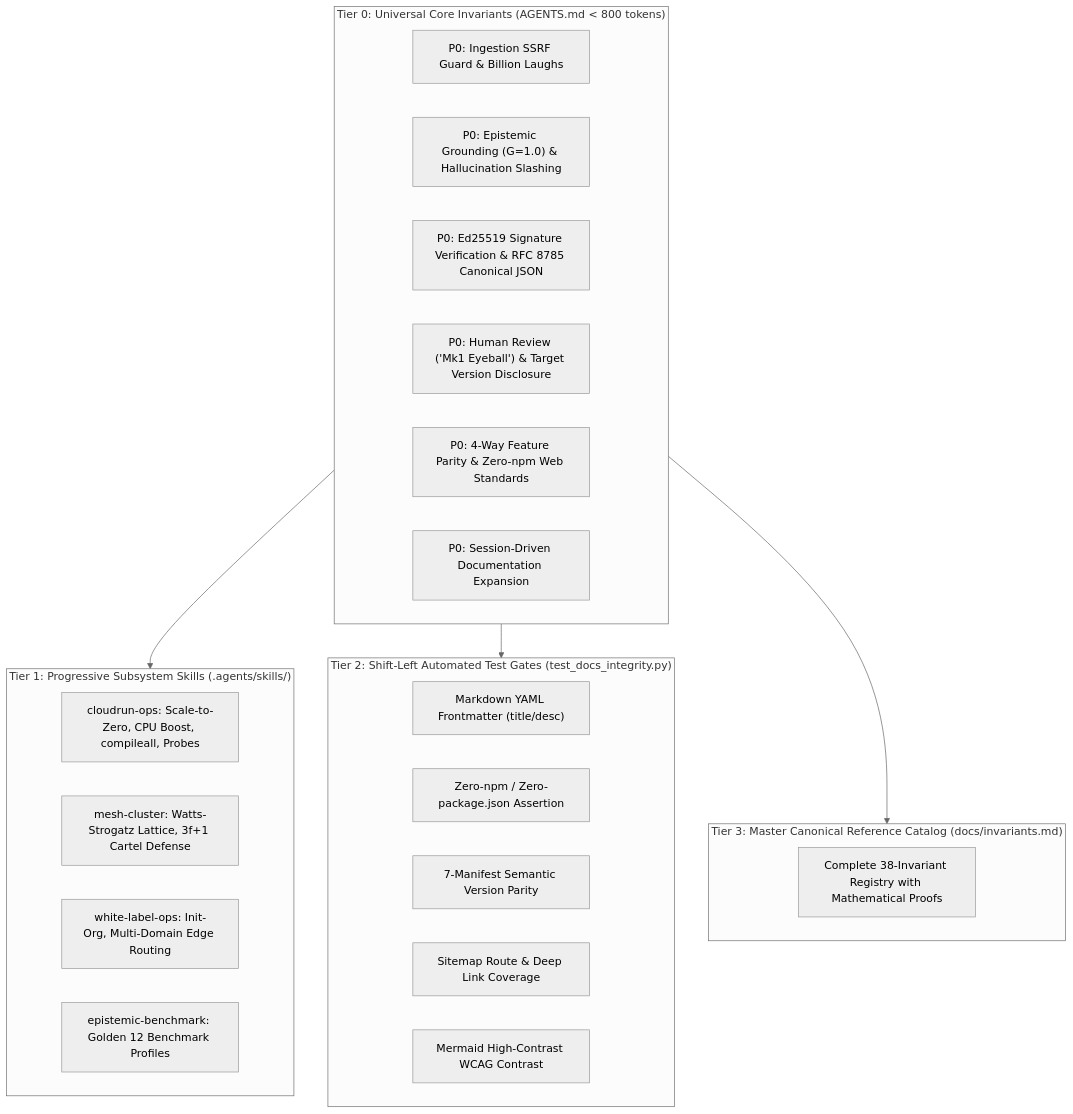
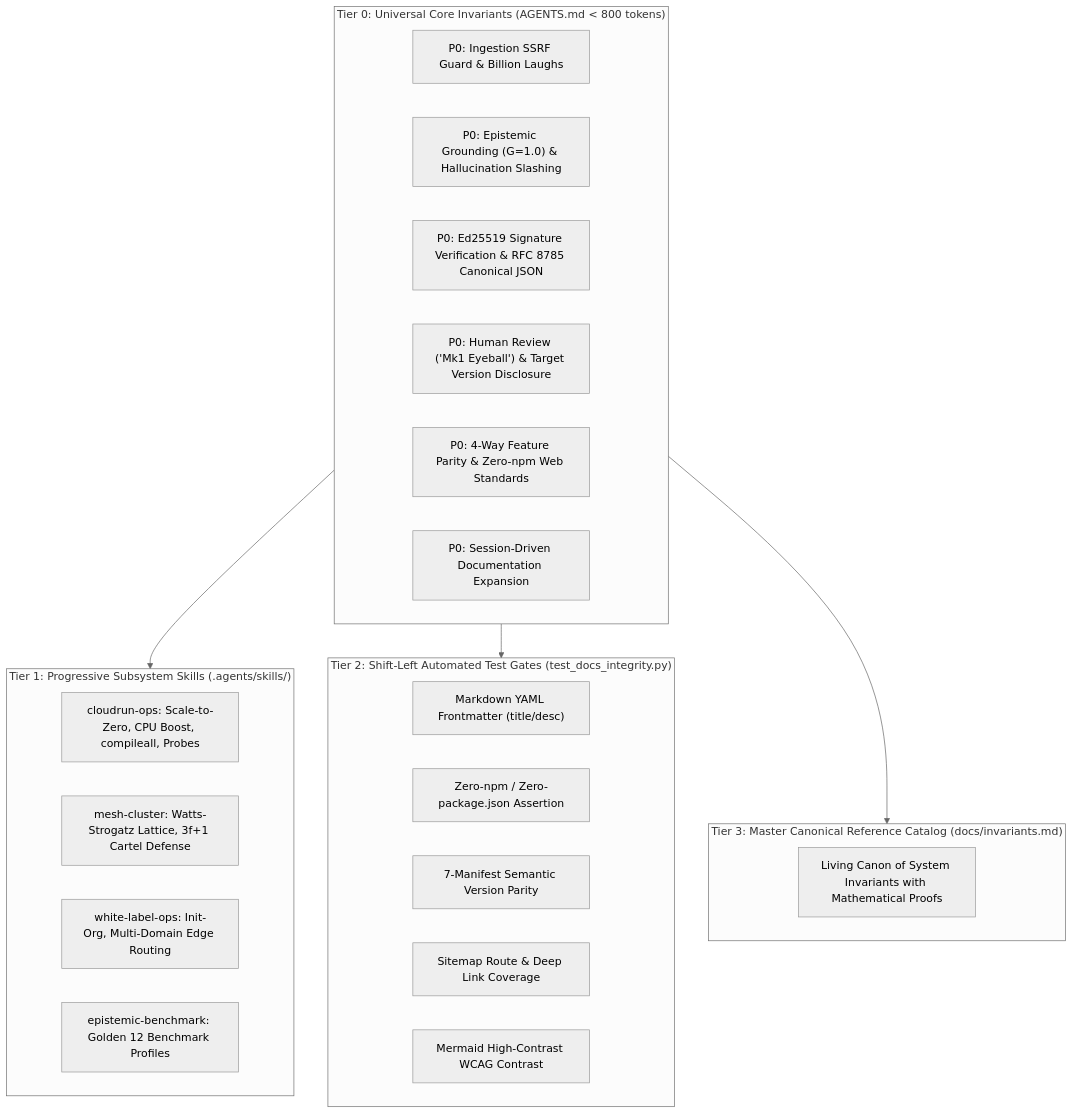
The second of 2 diagrams in docs/blueprints/invariant-scalability-and-knowledge-governance.md (artibyrd/credence-docs), drawn with Mermaid (neutral theme) before and after one commit. The commit also changed other lines of this file and 165 other files, not shown here.

Commit message:
chore(release): bump ecosystem to v1.21.7 (docs audit, deduplication, living canon)

````diff
--- a/docs/blueprints/invariant-scalability-and-knowledge-governance.md
+++ b/docs/blueprints/invariant-scalability-and-knowledge-governance.md
@@ -39,34 +39,34 @@
 ```mermaid
 graph TD
     subgraph Tier0 ["Tier 0: Universal Core Invariants (AGENTS.md &lt; 800 tokens)"]
         T0_Security["P0: Ingestion SSRF Guard & Billion Laughs"]
         T0_Grounding["P0: Epistemic Grounding (G=1.0) & Hallucination Slashing"]
         T0_Crypto["P0: Ed25519 Signature Verification & RFC 8785 Canonical JSON"]
         T0_Review["P0: Human Review ('Mk1 Eyeball') & Target Version Disclosure"]
         T0_Parity["P0: 4-Way Feature Parity & Zero-npm Web Standards"]
         T0_Docs["P0: Session-Driven Documentation Expansion"]
     end
 
     subgraph Tier1 ["Tier 1: Progressive Subsystem Skills (.agents/skills/)"]
         T1_Cloud["cloudrun-ops: Scale-to-Zero, CPU Boost, compileall, Probes"]
         T1_Mesh["mesh-cluster: Watts-Strogatz Lattice, 3f+1 Cartel Defense"]
         T1_Org["white-label-ops: Init-Org, Multi-Domain Edge Routing"]
         T1_Bench["epistemic-benchmark: Golden 12 Benchmark Profiles"]
     end
 
     subgraph Tier2 ["Tier 2: Shift-Left Automated Test Gates (test_docs_integrity.py)"]
         T2_FM["Markdown YAML Frontmatter (title/desc)"]
         T2_NPM["Zero-npm / Zero-package.json Assertion"]
         T2_Ver["7-Manifest Semantic Version Parity"]
         T2_Route["Sitemap Route & Deep Link Coverage"]
         T2_Mermaid["Mermaid High-Contrast WCAG Contrast"]
     end
 
     subgraph Tier3 ["Tier 3: Master Canonical Reference Catalog (docs/invariants.md)"]
-        T3_Catalog["Complete 38-Invariant Registry with Mathematical Proofs"]
+        T3_Catalog["Living Canon of System Invariants with Mathematical Proofs"]
     end
 
     Tier0 --> Tier1
     Tier0 --> Tier2
     Tier0 --> Tier3
 ```
````
